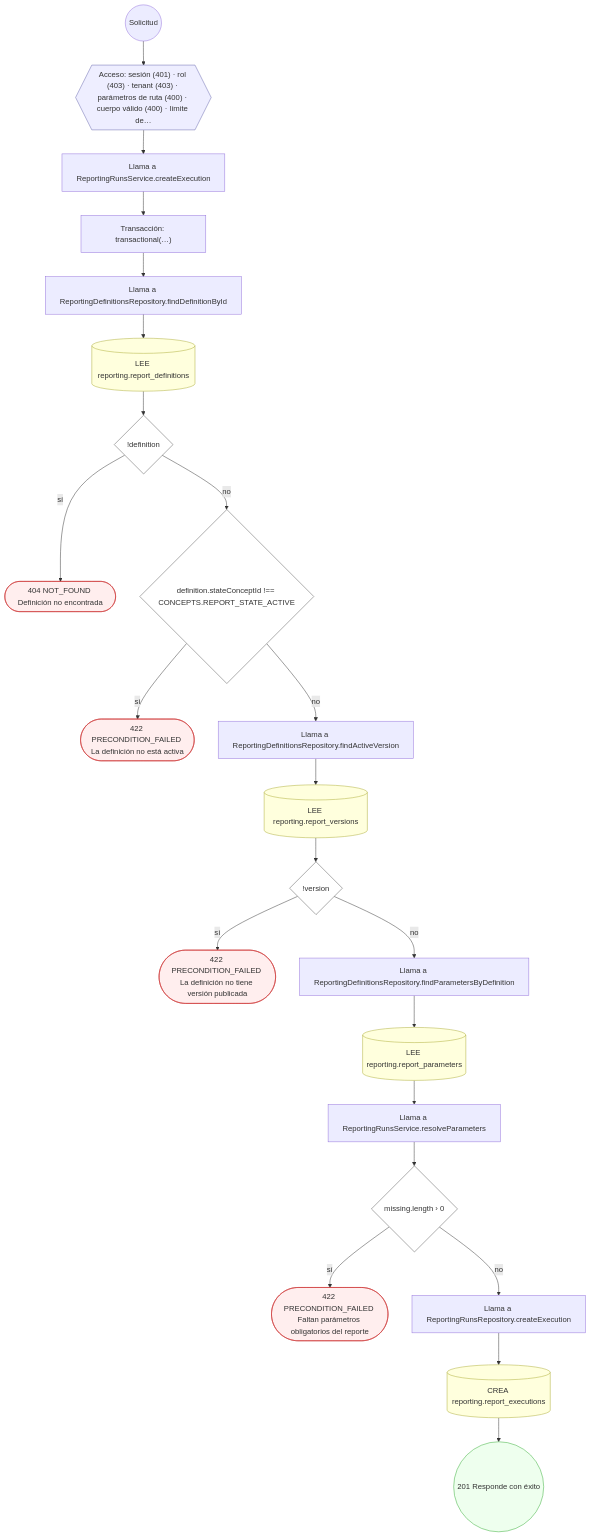
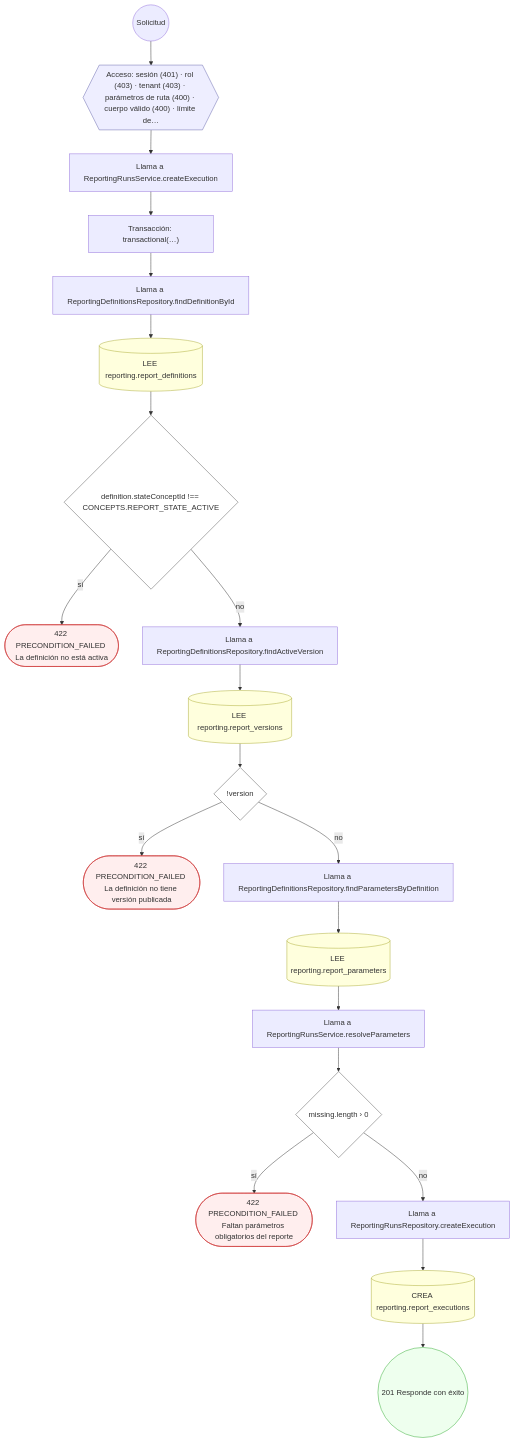
Before and after one commit to mdavila-2001/mantra-core-health-api: the sixth of 13 diagrams in docs/inventario/flujos/reporting.md, drawn with Mermaid. The commit also changed other lines of this file and 438 other files, not shown here.

````diff
--- a/docs/inventario/flujos/reporting.md
+++ b/docs/inventario/flujos/reporting.md
@@ -472,52 +450,48 @@
 ```mermaid
 flowchart TD
   n1(("Solicitud")):::inicio
   n2{{"Acceso: sesión (401) · rol (403) · tenant (403) · parámetros de ruta (400) · cuerpo válido (400) · límite de…"}}:::acceso
   n1 --> n2
   n3["Llama a ReportingRunsService.createExecution"]:::llamada
   n2 --> n3
   n4["Transacción: transactional(…)"]:::transaccion
   n3 --> n4
   n5["Llama a ReportingDefinitionsRepository.findDefinitionById"]:::llamada
   n4 --> n5
   n6[("LEE reporting.report_definitions")]:::efecto
   n5 --> n6
-  n7{"!definition"}:::decision
+  n7{"definition.stateConceptId !== CONCEPTS.REPORT_STATE_ACTIVE"}:::decision
   n6 --> n7
-  n8(["404 NOT_FOUND Definición no encontrada"]):::error
+  n8(["422 PRECONDITION_FAILED La definición no está activa"]):::error
   n7 -->|"sí"| n8
-  n9{"definition.stateConceptId !== CONCEPTS.REPORT_STATE_ACTIVE"}:::decision
+  n9["Llama a ReportingDefinitionsRepository.findActiveVersion"]:::llamada
   n7 -->|"no"| n9
-  n10(["422 PRECONDITION_FAILED La definición no está activa"]):::error
-  n9 -->|"sí"| n10
-  n11["Llama a ReportingDefinitionsRepository.findActiveVersion"]:::llamada
-  n9 -->|"no"| n11
-  n12[("LEE reporting.report_versions")]:::efecto
-  n11 --> n12
-  n13{"!version"}:::decision
-  n12 --> n13
-  n14(["422 PRECONDITION_FAILED La definición no tiene versión publicada"]):::error
-  n13 -->|"sí"| n14
-  n15["Llama a ReportingDefinitionsRepository.findParametersByDefinition"]:::llamada
-  n13 -->|"no"| n15
-  n16[("LEE reporting.report_parameters")]:::efecto
+  n10[("LEE reporting.report_versions")]:::efecto
+  n9 --> n10
+  n11{"!version"}:::decision
+  n10 --> n11
+  n12(["422 PRECONDITION_FAILED La definición no tiene versión publicada"]):::error
+  n11 -->|"sí"| n12
+  n13["Llama a ReportingDefinitionsRepository.findParametersByDefinition"]:::llamada
+  n11 -->|"no"| n13
+  n14[("LEE reporting.report_parameters")]:::efecto
+  n13 --> n14
+  n15["Llama a ReportingRunsService.resolveParameters"]:::llamada
+  n14 --> n15
+  n16{"missing.length › 0"}:::decision
   n15 --> n16
-  n17["Llama a ReportingRunsService.resolveParameters"]:::llamada
-  n16 --> n17
-  n18{"missing.length › 0"}:::decision
-  n17 --> n18
-  n19(["422 PRECONDITION_FAILED Faltan parámetros obligatorios del reporte"]):::error
-  n18 -->|"sí"| n19
-  n20["Llama a ReportingRunsRepository.createExecution"]:::llamada
-  n18 -->|"no"| n20
-  n21[("CREA reporting.report_executions")]:::efecto
-  n20 --> n21
-  n22(("201 Responde con éxito")):::ok
-  n21 --> n22
+  n17(["422 PRECONDITION_FAILED Faltan parámetros obligatorios del reporte"]):::error
+  n16 -->|"sí"| n17
+  n18["Llama a ReportingRunsRepository.createExecution"]:::llamada
+  n16 -->|"no"| n18
+  n19[("CREA reporting.report_executions")]:::efecto
+  n18 --> n19
+  n20(("201 Responde con éxito")):::ok
+  n19 --> n20
   classDef acceso fill:#eef,stroke:#66a
   classDef error fill:#fee,stroke:#c33
   classDef ok fill:#efe,stroke:#3a3
   classDef efecto fill:#ffd,stroke:#aa3
   classDef decision fill:#fff,stroke:#555
   classDef corte fill:#eee,stroke:#999,stroke-dasharray: 4
 ```
````
